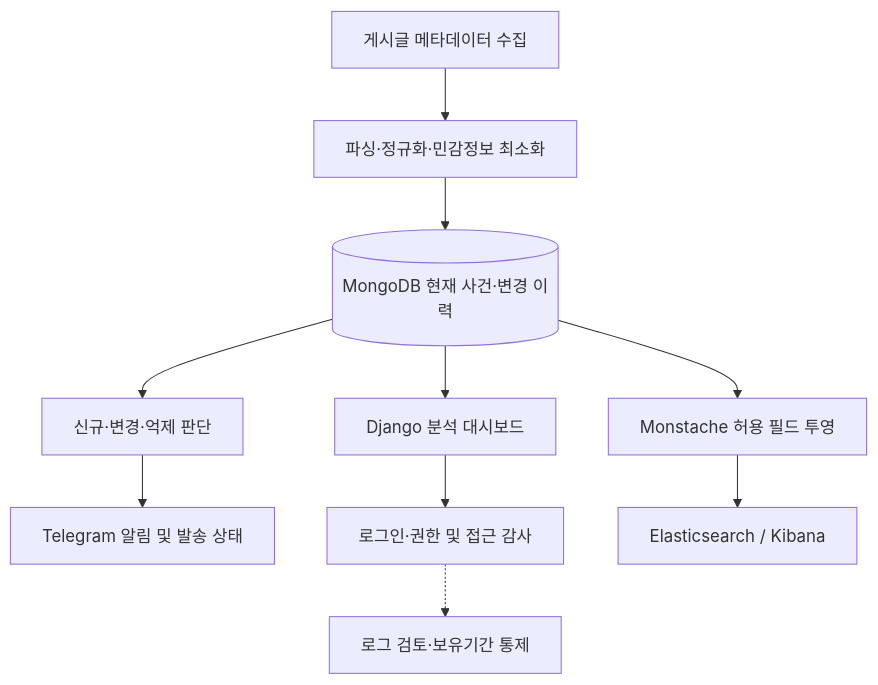
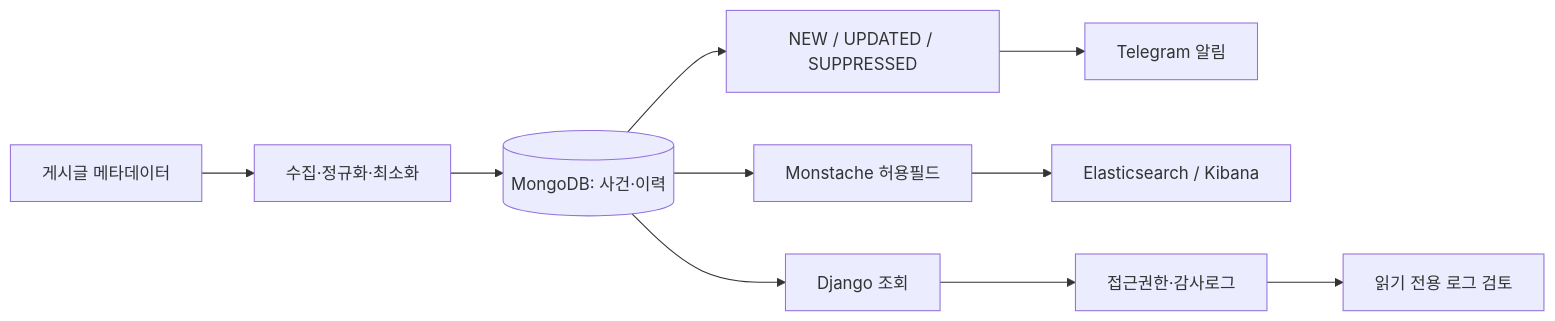
One commit to LEESJ7934/darkweb-threat-intelligence-monitor changed the diagram in README.md. Above: the diagram before and after it, drawn with Mermaid. The commit also changed other lines of this file, not shown here.

````diff
--- a/README.md
+++ b/README.md
@@ -36,12 +21,12 @@
 ```mermaid
-flowchart TB
-    A["게시글 메타데이터 수집"] --> B["파싱·정규화·민감정보 최소화"]
-    B --> C[("MongoDB 현재 사건·변경 이력")]
-    C --> D["신규·변경·억제 판단"]
-    D --> E["Telegram 알림 및 발송 상태"]
-    C --> F["Django 분석 대시보드"]
-    F --> G["로그인·권한 및 접근 감사"]
-    C --> H["Monstache 허용 필드 투영"]
-    H --> I["Elasticsearch / Kibana"]
-    G -.-> J["로그 검토·보유기간 통제"]
+flowchart LR
+  A[게시글 메타데이터] --> B[수집·정규화·최소화]
+  B --> C[(MongoDB: 사건·이력)]
+  C --> D[NEW / UPDATED / SUPPRESSED]
+  D --> E[Telegram 알림]
+  C --> F[Django 조회]
+  C --> G[Monstache 허용필드]
+  G --> H[Elasticsearch / Kibana]
+  F --> I[접근권한·감사로그]
+  I --> J[읽기 전용 로그 검토]
 ```
````
